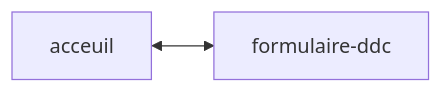
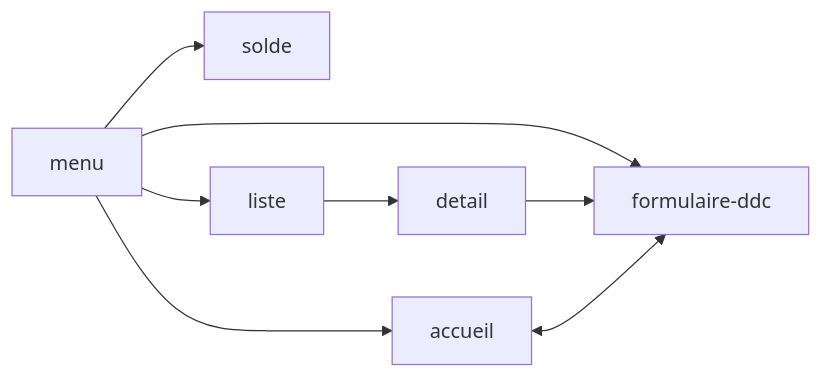
Before and after one commit to jedepaepe/ddc-analyse: the diagram in dossier-analyse/2-2-ecrans.md, drawn with Mermaid. The commit also changed other lines of this file and 5 other files, not shown here.

````diff
--- a/dossier-analyse/2-2-ecrans.md
+++ b/dossier-analyse/2-2-ecrans.md
@@ -14,4 +17,10 @@
 ```mermaid
 flowchart LR
-    acceuil <--> formulaire-ddc
+    menu --> accueil
+    menu --> formulaire-ddc
+    menu --> solde
+    menu --> liste
+    liste --> detail
+    detail --> formulaire-ddc
+    accueil <--> formulaire-ddc
 ```
````
